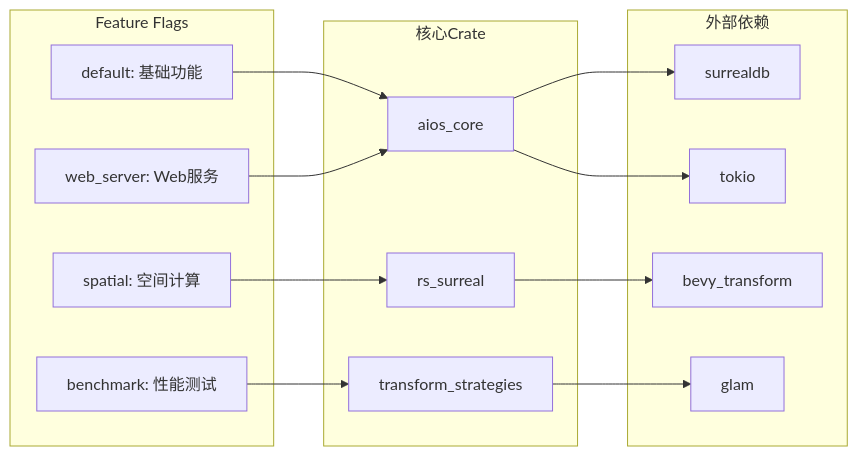
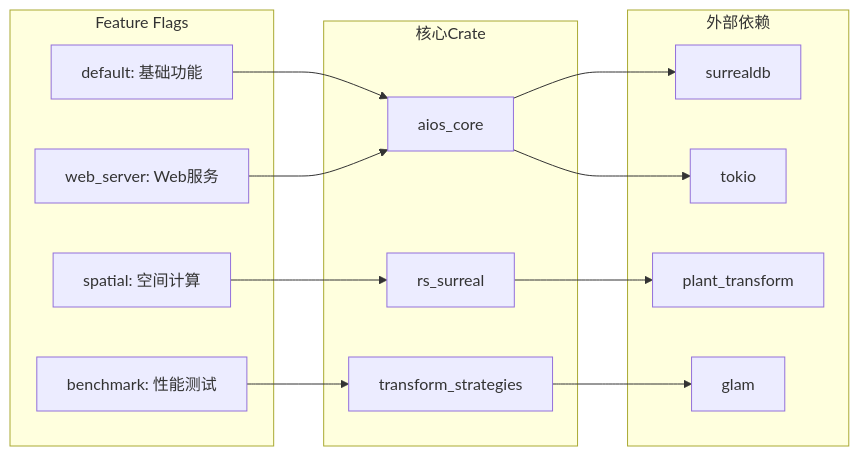
The tenth of 13 diagrams in docs/方位计算/方位计算架构总览图.md (happyrust/rs-core), drawn with Mermaid before and after one commit. The commit also changed 3 other files, not shown here.

Commit message:
refactor: cleanup bevy naming in transform docs

````diff
--- a/docs/方位计算/方位计算架构总览图.md
+++ b/docs/方位计算/方位计算架构总览图.md
@@ -414,32 +414,32 @@
 ```mermaid
 graph LR
     subgraph "Feature Flags"
         F1[default: 基础功能]
         F2[web_server: Web服务]
         F3[spatial: 空间计算]
         F4[benchmark: 性能测试]
     end
     
     subgraph "核心Crate"
         C1[aios_core]
         C2[rs_surreal]
         C3[transform_strategies]
     end
     
     subgraph "外部依赖"
         E1[surrealdb]
-        E2[bevy_transform]
+        E2[plant_transform]
         E3[glam]
         E4[tokio]
     end
     
     F1 --> C1
     F2 --> C1
     F3 --> C2
     F4 --> C3
     
     C1 --> E1
     C2 --> E2
     C3 --> E3
     C1 --> E4
 ```
````
